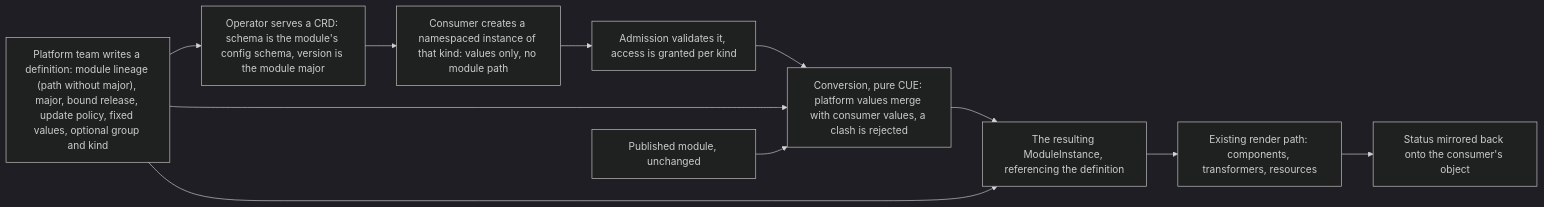
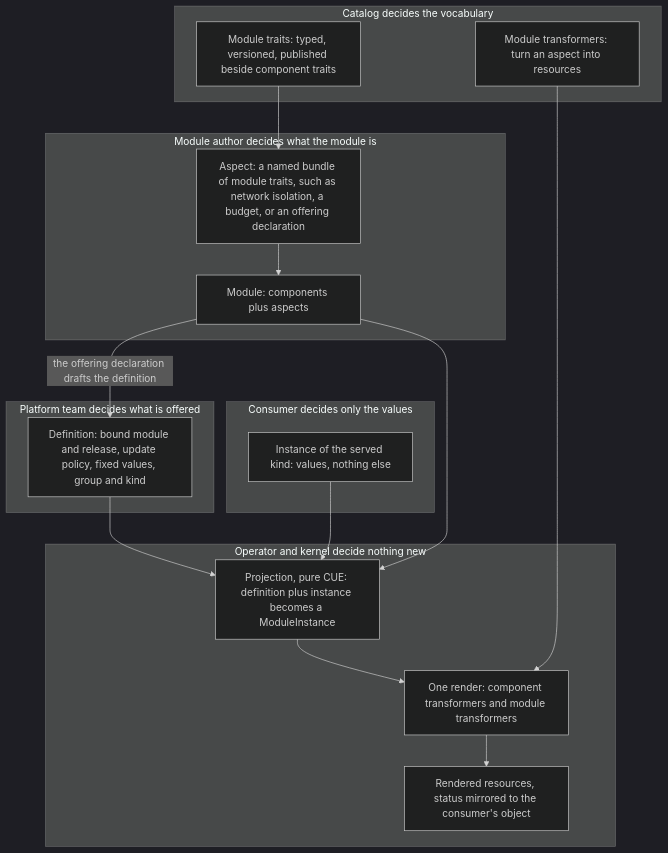
The diagram in 0025/README.md (open-platform-model/enhancements), drawn with Mermaid (dark theme) before and after one commit. The commit also changed other lines of this file and 17 other files, not shown here.

First line of the commit message:
docs(0025): fold module aspects in, retitle, and point 0009 at them

````diff
--- a/0025/README.md
+++ b/0025/README.md
@@ -23,13 +25,31 @@
 ```mermaid
-flowchart LR
-    platform["Platform team writes a definition: module lineage (path without major), major, bound release, update policy, fixed values, optional group and kind"] --> crd
-    crd["Operator serves a CRD: schema is the module's config schema, version is the module major"] --> consumer
-    consumer["Consumer creates a namespaced instance of that kind: values only, no module path"] --> admission["Admission validates it, access is granted per kind"]
-    admission --> project
-    platform --> project
-    module["Published module, unchanged"] --> project
-    project["Conversion, pure CUE: platform values merge with consumer values, a clash is rejected"] --> mi["The resulting ModuleInstance, referencing the definition"]
-    mi --> render["Existing render path: components, transformers, resources"]
-    render --> status["Status mirrored back onto the consumer's object"]
-    platform --> mi
+flowchart TB
+    subgraph author["Module author decides what the module is"]
+        mod["Module: components plus aspects"]
+        asp["Aspect: a named bundle of module traits, such as network isolation, a budget, or an offering declaration"]
+    end
+    subgraph catalog["Catalog decides the vocabulary"]
+        mt["Module traits: typed, versioned, published beside component traits"]
+        mtx["Module transformers: turn an aspect into resources"]
+    end
+    subgraph platform["Platform team decides what is offered"]
+        def["Definition: bound module and release, update policy, fixed values, group and kind"]
+    end
+    subgraph consumer["Consumer decides only the values"]
+        inst["Instance of the served kind: values, nothing else"]
+    end
+    subgraph runtime["Operator and kernel decide nothing new"]
+        proj["Projection, pure CUE: definition plus instance becomes a ModuleInstance"]
+        render["One render: component transformers and module transformers"]
+        res["Rendered resources, status mirrored to the consumer's object"]
+    end
+    mt --> asp
+    asp --> mod
+    mod -- "the offering declaration drafts the definition" --> def
+    def --> proj
+    inst --> proj
+    mod --> proj
+    proj --> render
+    mtx --> render
+    render --> res
 ```
````
